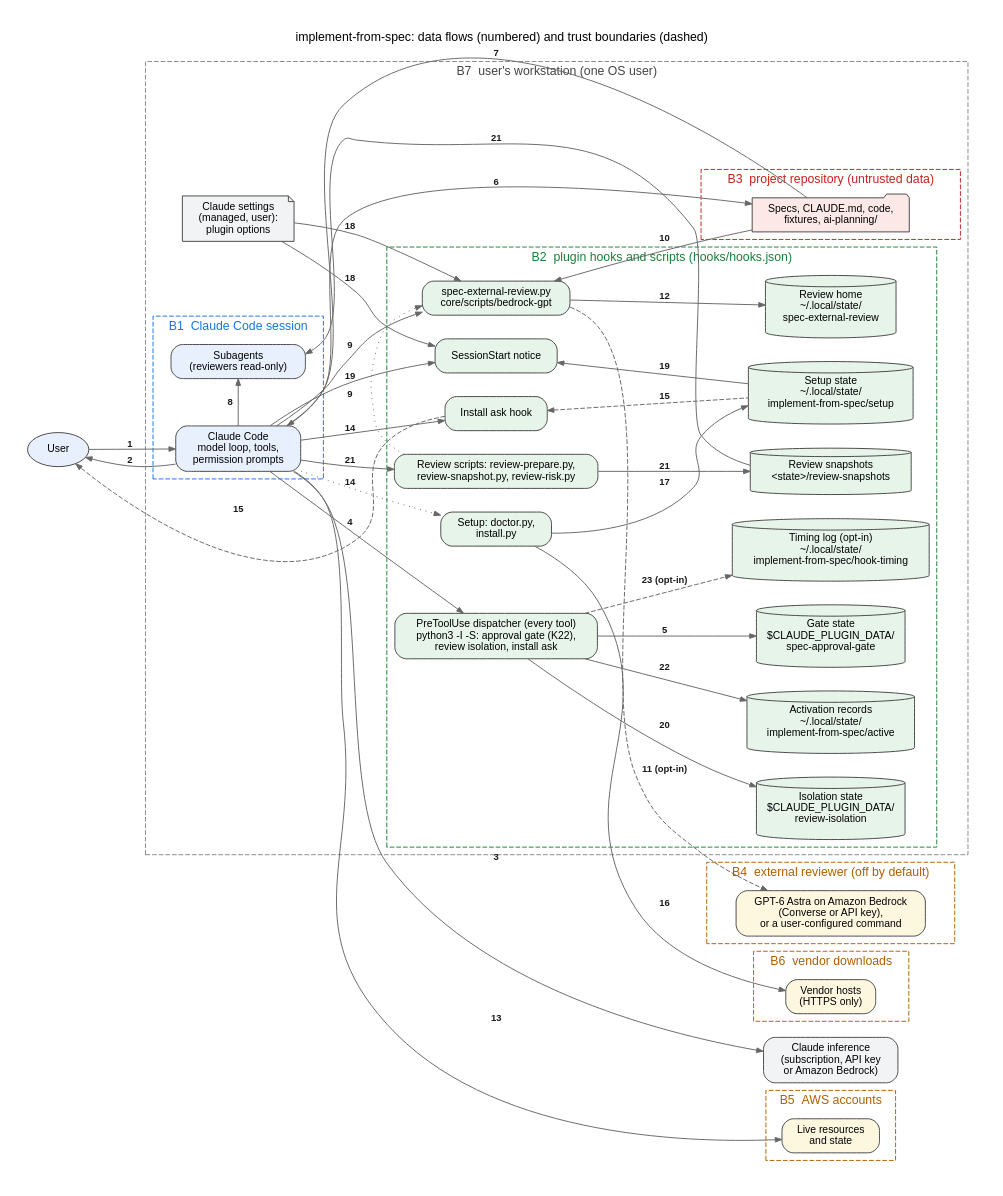
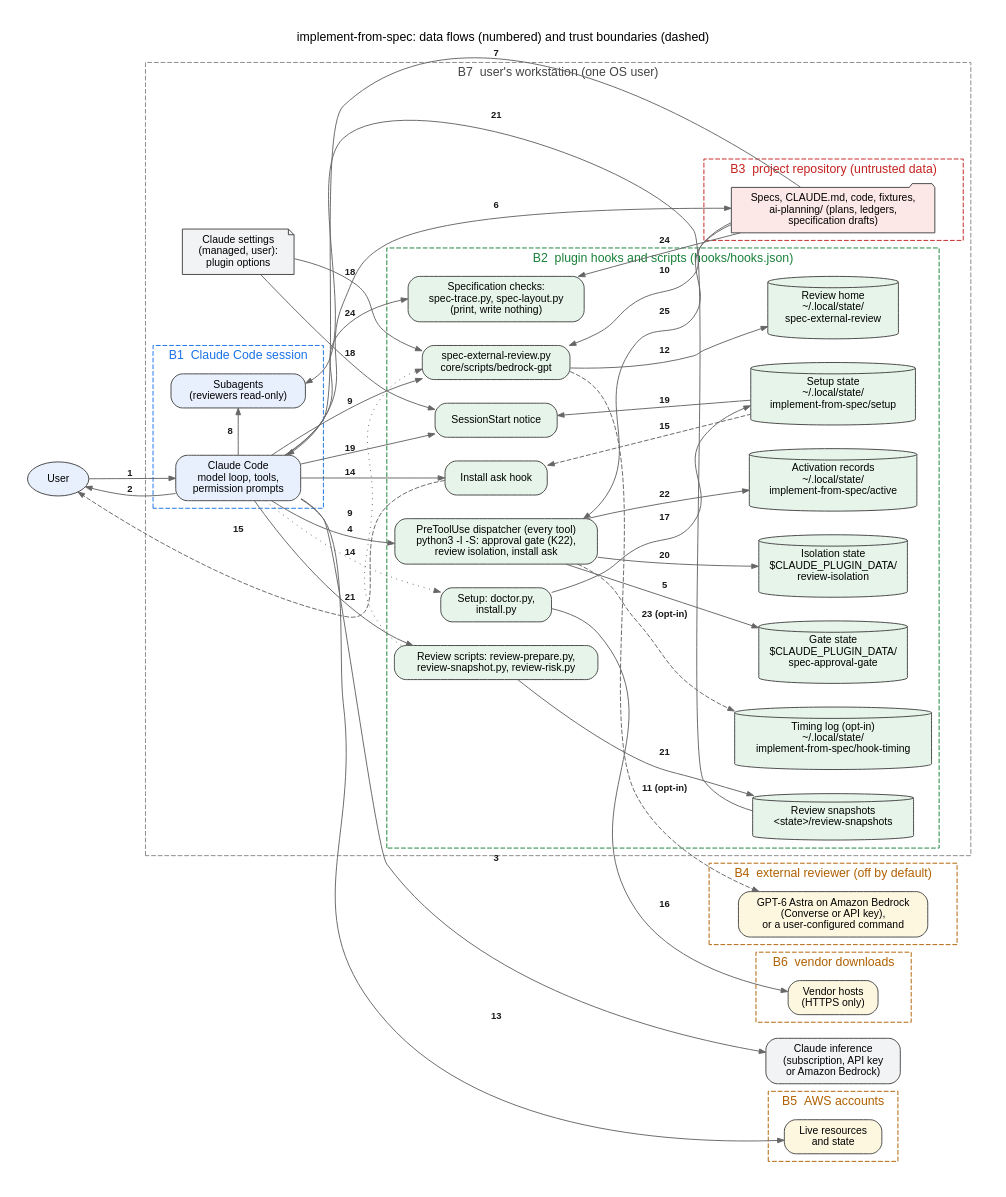
Before and after one commit to awslabs/implement-from-spec: the diagram in docs/security/threat-model.dot, drawn with Graphviz. The commit also changed 49 other files, not shown here.

```diff
--- a/docs/security/threat-model.dot
+++ b/docs/security/threat-model.dot
@@ -1,99 +1,103 @@
 // Data flows and trust boundaries of the implement-from-spec plugin (docs/security/threat-model.md).
 // Edge numbers are the flows of the threat model's "Data flows" list. Only what a release ships is drawn;
 // the maintainers' test harness is out of scope.
 // Render: dot -Tsvg docs/security/threat-model.dot -o docs/security/threat-model.svg
 digraph threat_model {
   graph [rankdir=LR, newrank=true, fontname="Helvetica", fontsize=13, nodesep=0.35, ranksep=1.1, pad=0.3,
          splines=true, label="implement-from-spec: data flows (numbered) and trust boundaries (dashed)",
          labelloc=t];
   node  [fontname="Helvetica", fontsize=11, shape=box, style="rounded,filled", fillcolor="#FFFFFF",
          color="#444444", margin="0.15,0.08"];
   edge  [fontname="Helvetica-Bold", fontsize=10, fontcolor="#1A1A1A", color="#666666", arrowsize=0.7];
 
   user [label="User", shape=ellipse, fillcolor="#E8F0FE"];
 
   subgraph cluster_workstation {
     label="B7  user's workstation (one OS user)"; style="dashed"; color="#888888"; fontcolor="#444444";
 
     subgraph cluster_claude {
       label="B1  Claude Code session"; style="dashed"; color="#1A73E8"; fontcolor="#1A73E8";
       claude [label="Claude Code\nmodel loop, tools,\npermission prompts", fillcolor="#E8F0FE"];
       subagents [label="Subagents\n(reviewers read-only)", fillcolor="#E8F0FE"];
     }
 
     settings [label="Claude settings\n(managed, user):\nplugin options", shape=note, fillcolor="#F1F3F4"];
 
     subgraph cluster_plugin {
       label="B2  plugin hooks and scripts (hooks/hooks.json)"; style="dashed"; color="#188038"; fontcolor="#188038";
       gate [label="PreToolUse dispatcher (every tool)\npython3 -I -S: approval gate (K22),\nreview isolation, install ask", fillcolor="#E6F4EA"];
       askhook [label="Install ask hook", fillcolor="#E6F4EA"];
       notice [label="SessionStart notice", fillcolor="#E6F4EA"];
       review [label="spec-external-review.py\ncore/scripts/bedrock-gpt", fillcolor="#E6F4EA"];
       revscripts [label="Review scripts: review-prepare.py,\nreview-snapshot.py, review-risk.py", fillcolor="#E6F4EA"];
+      speccheck [label="Specification checks:\nspec-trace.py, spec-layout.py\n(print, write nothing)", fillcolor="#E6F4EA"];
       installer [label="Setup: doctor.py,\ninstall.py", fillcolor="#E6F4EA"];
       gatestate [label="Gate state\n$CLAUDE_PLUGIN_DATA/\nspec-approval-gate", shape=cylinder, fillcolor="#E6F4EA"];
       isostate [label="Isolation state\n$CLAUDE_PLUGIN_DATA/\nreview-isolation", shape=cylinder, fillcolor="#E6F4EA"];
       reviewhome [label="Review home\n~/.local/state/\nspec-external-review", shape=cylinder, fillcolor="#E6F4EA"];
       setupstate [label="Setup state\n~/.local/state/\nimplement-from-spec/setup", shape=cylinder, fillcolor="#E6F4EA"];
       snapshots [label="Review snapshots\n<state>/review-snapshots", shape=cylinder, fillcolor="#E6F4EA"];
       active [label="Activation records\n~/.local/state/\nimplement-from-spec/active", shape=cylinder, fillcolor="#E6F4EA"];
       timing [label="Timing log (opt-in)\n~/.local/state/\nimplement-from-spec/hook-timing", shape=cylinder, fillcolor="#E6F4EA"];
     }
 
     subgraph cluster_repo {
       label="B3  project repository (untrusted data)"; style="dashed"; color="#C5221F"; fontcolor="#C5221F";
-      repo [label="Specs, CLAUDE.md, code,\nfixtures, ai-planning/", shape=folder, fillcolor="#FCE8E6"];
+      repo [label="Specs, CLAUDE.md, code, fixtures,\nai-planning/ (plans, ledgers,\nspecification drafts)", shape=folder, fillcolor="#FCE8E6"];
     }
   }
 
   inference [label="Claude inference\n(subscription, API key\nor Amazon Bedrock)", fillcolor="#F1F3F4"];
 
   subgraph cluster_reviewer {
     label="B4  external reviewer (off by default)"; style="dashed"; color="#B06000"; fontcolor="#B06000";
     reviewer [label="GPT-6 Astra on Amazon Bedrock\n(Converse or API key),\nor a user-configured command", fillcolor="#FEF7E0"];
   }
   subgraph cluster_aws {
     label="B5  AWS accounts"; style="dashed"; color="#B06000"; fontcolor="#B06000";
     aws [label="Live resources\nand state", fillcolor="#FEF7E0"];
   }
   subgraph cluster_vendors {
     label="B6  vendor downloads"; style="dashed"; color="#B06000"; fontcolor="#B06000";
     vendors [label="Vendor hosts\n(HTTPS only)", fillcolor="#FEF7E0"];
   }
 
   { rank=same; claude; subagents; }
-  { rank=same; gate; askhook; notice; review; revscripts; installer; }
+  { rank=same; gate; askhook; notice; review; revscripts; speccheck; installer; }
   { rank=same; gatestate; reviewhome; setupstate; snapshots; }
   { rank=same; inference; reviewer; aws; vendors; }
 
   user -> claude [label="1"];
   claude -> user [label="2"];
   claude -> inference [label="3"];
   claude -> gate [label="4"];
   gate -> gatestate [label="5"];
   claude -> repo [label="6"];
   repo -> claude [label="7"];
   claude -> subagents [label="8"];
   claude -> review [label="9"];
   review -> repo [label="10", dir=back];
   review -> reviewer [label="11 (opt-in)", style=dashed];
   review -> reviewhome [label="12"];
   claude -> aws [label="13"];
   claude -> askhook [label="14"];
   claude -> installer [label="14", style=dotted];
   askhook -> user [label="15", style=dashed, constraint=false];
   askhook -> setupstate [label="15", dir=back, style=dashed];
   installer -> vendors [label="16"];
   installer -> setupstate [label="17"];
   settings -> review [label="18"];
   settings -> notice [label="18"];
   claude -> notice [label="19"];
   notice -> setupstate [label="19", dir=back];
   gate -> isostate [label="20"];
   claude -> revscripts [label="21"];
   revscripts -> snapshots [label="21"];
   snapshots -> subagents [label="21", constraint=false];
   revscripts -> review [label="9", style=dotted];
   gate -> active [label="22"];
   gate -> timing [label="23 (opt-in)", style=dashed];
+  claude -> speccheck [label="24"];
+  speccheck -> repo [label="24", dir=back];
+  gate -> repo [label="25", dir=back];
 }
```
